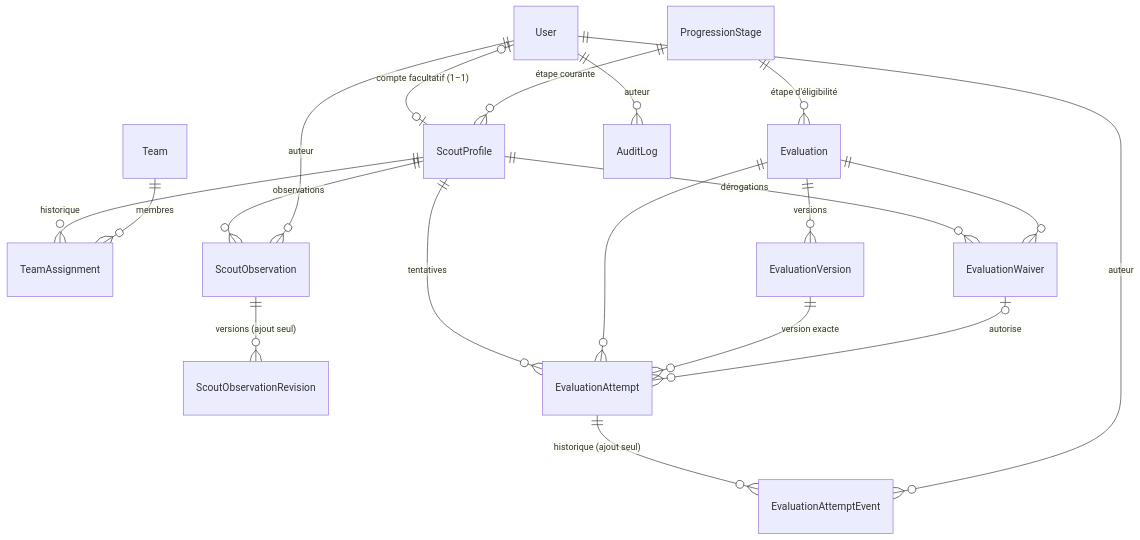
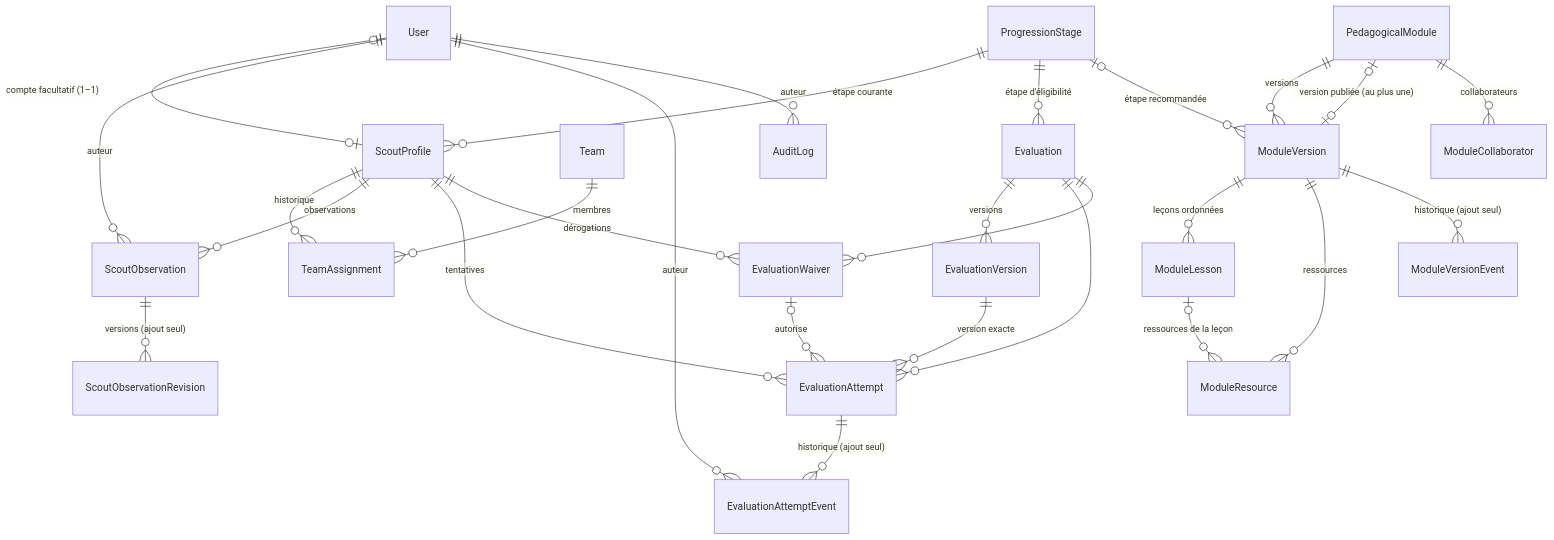
One commit to PaterneSeka1/tesla changed the diagram in docs/DATABASE.md. Above: the diagram before and after it, drawn with Mermaid. The commit also changed other lines of this file and 12 other files, not shown here.

````diff
--- a/docs/DATABASE.md
+++ b/docs/DATABASE.md
@@ -29,21 +35,29 @@
 ```mermaid
 erDiagram
   User |o--o| ScoutProfile : "compte facultatif (1–1)"
   ProgressionStage ||--o{ ScoutProfile : "étape courante"
   ProgressionStage ||--o{ Evaluation : "étape d'éligibilité"
   ScoutProfile ||--o{ TeamAssignment : historique
   ScoutProfile ||--o{ ScoutObservation : observations
   ScoutObservation ||--o{ ScoutObservationRevision : "versions (ajout seul)"
   User ||--o{ ScoutObservation : auteur
   Team ||--o{ TeamAssignment : membres
   Evaluation ||--o{ EvaluationVersion : versions
   ScoutProfile ||--o{ EvaluationAttempt : tentatives
   Evaluation ||--o{ EvaluationAttempt : ""
   EvaluationVersion ||--o{ EvaluationAttempt : "version exacte"
   EvaluationAttempt ||--o{ EvaluationAttemptEvent : "historique (ajout seul)"
   ScoutProfile ||--o{ EvaluationWaiver : dérogations
   Evaluation ||--o{ EvaluationWaiver : ""
   EvaluationWaiver |o--o{ EvaluationAttempt : "autorise"
   User ||--o{ EvaluationAttemptEvent : auteur
   User ||--o{ AuditLog : auteur
+  PedagogicalModule ||--o{ ModuleVersion : versions
+  PedagogicalModule |o--o| ModuleVersion : "version publiée (au plus une)"
+  ModuleVersion ||--o{ ModuleLesson : "leçons ordonnées"
+  ModuleVersion ||--o{ ModuleResource : ressources
+  ModuleLesson |o--o{ ModuleResource : "ressources de la leçon"
+  PedagogicalModule ||--o{ ModuleCollaborator : collaborateurs
+  ModuleVersion ||--o{ ModuleVersionEvent : "historique (ajout seul)"
+  ProgressionStage |o--o{ ModuleVersion : "étape recommandée"
 ```
````
